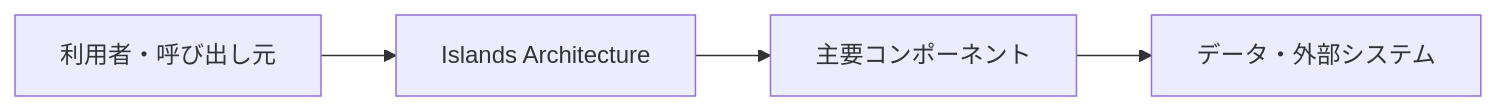
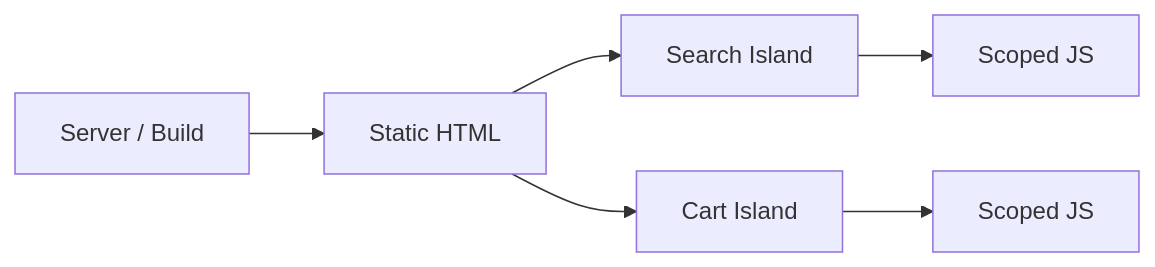
The diagram in docs/フロントエンド系/アイランドアーキテクチャ.md (t-shirayama/architecture-notes), drawn with Mermaid before and after one commit. The commit also changed other lines of this file and 32 other files, not shown here.

Commit message:
docs: refine remaining architecture notes

````diff
--- a/docs/フロントエンド系/アイランドアーキテクチャ.md
+++ b/docs/フロントエンド系/アイランドアーキテクチャ.md
@@ -24,6 +28,8 @@
 ```mermaid
 flowchart LR
-    A[利用者・呼び出し元] --> B[Islands Architecture]
-    B --> C[主要コンポーネント]
-    C --> D[データ・外部システム]
+    Server[Server / Build] --> HTML[Static HTML]
+    HTML --> IslandA[Search Island]
+    HTML --> IslandB[Cart Island]
+    IslandA --> JS1[Scoped JS]
+    IslandB --> JS2[Scoped JS]
 ```
````
